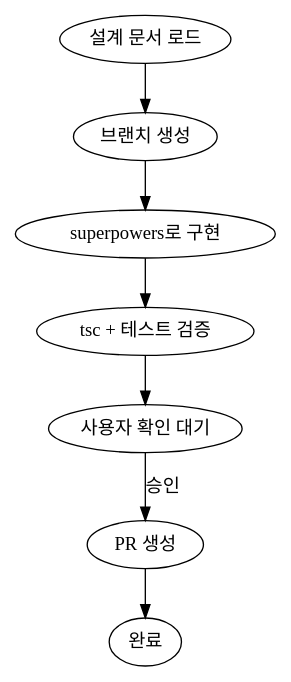
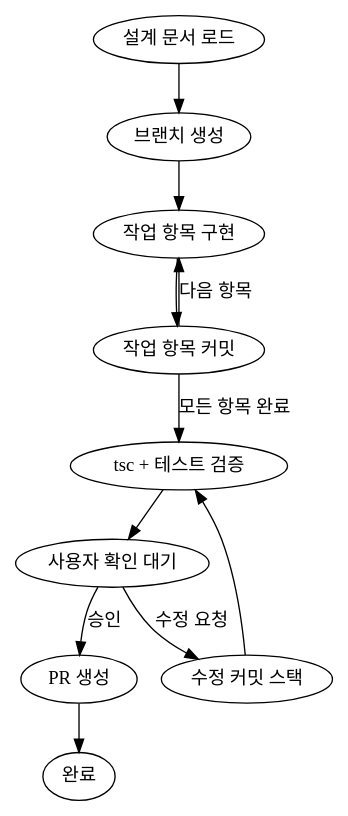
The diagram in .claude/skills/worker-implement-plan/SKILL.md (KiimDoHyun/KiimDoHyun-portfolio_window), drawn with Graphviz before and after one commit. The commit also changed other lines of this file, not shown here.

````diff
--- a/.claude/skills/worker-implement-plan/SKILL.md
+++ b/.claude/skills/worker-implement-plan/SKILL.md
@@ -10,10 +10,14 @@
 ```dot
 digraph implement_flow {
     "설계 문서 로드" -> "브랜치 생성";
-    "브랜치 생성" -> "superpowers로 구현";
-    "superpowers로 구현" -> "tsc + 테스트 검증";
+    "브랜치 생성" -> "작업 항목 구현";
+    "작업 항목 구현" -> "작업 항목 커밋";
+    "작업 항목 커밋" -> "작업 항목 구현" [label="다음 항목"];
+    "작업 항목 커밋" -> "tsc + 테스트 검증" [label="모든 항목 완료"];
     "tsc + 테스트 검증" -> "사용자 확인 대기";
+    "사용자 확인 대기" -> "수정 커밋 스택" [label="수정 요청"];
+    "수정 커밋 스택" -> "tsc + 테스트 검증";
     "사용자 확인 대기" -> "PR 생성" [label="승인"];
     "PR 생성" -> "완료";
 }
 ```
````
